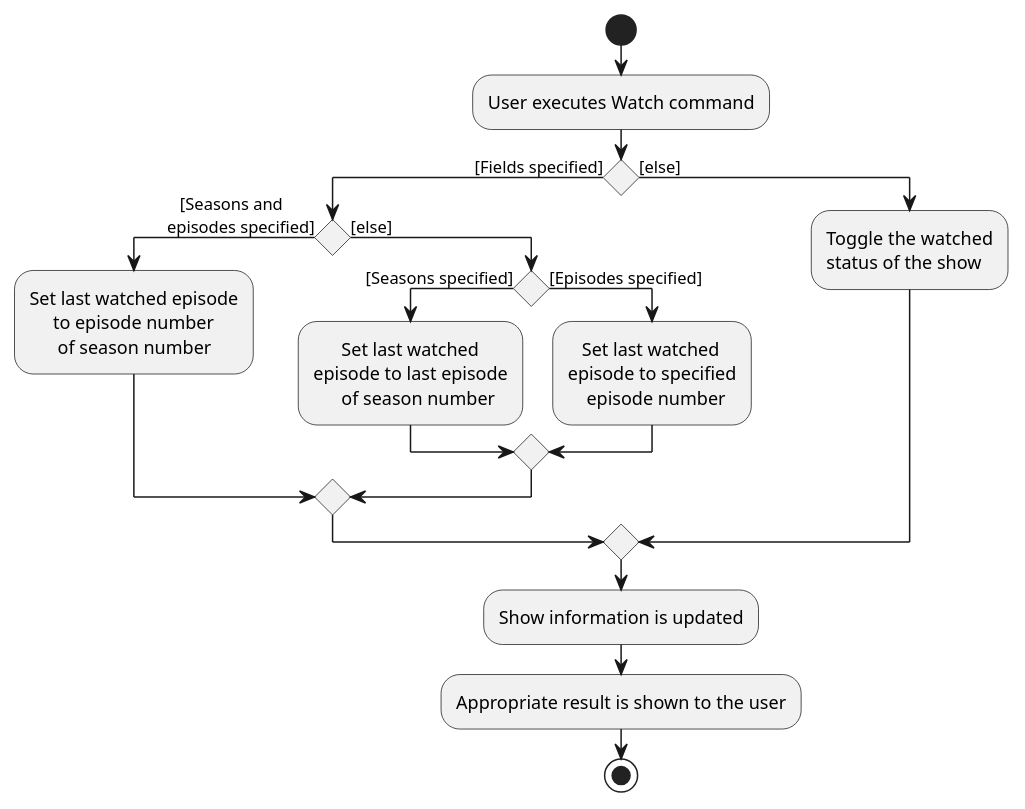
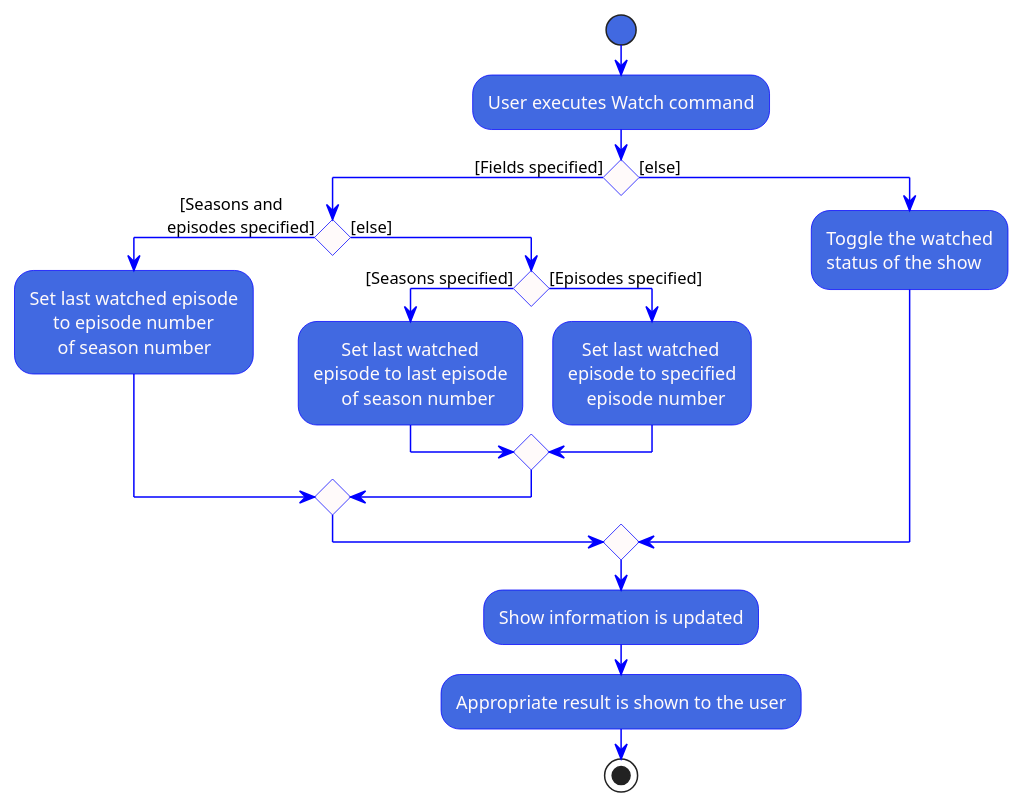
Before and after one commit to nus-cs2103-AY1920S1/addressbook-level3: the diagram in docs/diagrams/WatchActivityDiagram.puml, drawn with PlantUML. The commit also changed 1 other file, not shown here.

Commit message:
Updated WatchActivityDiagram color

```diff
--- a/docs/diagrams/WatchActivityDiagram.puml
+++ b/docs/diagrams/WatchActivityDiagram.puml
@@ -1,33 +1,53 @@
 @startuml
+skinparam backgroundColor white
+skinparam activity {
+  StartColor RoyalBlue
+  EndColor RoyalBlue
+  BackgroundColor RoyalBlue
+  arrowColor Blue
+  activityDiamondBackgroundColor Blue
+  activityBarColor blue
+  BorderColor blue
+  ControlBackgroundColor white
+  FontColor Snow
+  FontName Impact
+}
+
+skinparam activityDiamond {
+    BackgroundColor Snow
+    BorderColor blue
+    FontSize 24
+}
+
 start
 :User executes Watch command;
 
 'Since the beta syntax does not support placing the condition outside the
 'diamond we place it as the true branch instead.
 
 if () then ([Fields specified])
 if () then (   [Seasons and
 episodes specified])
     :Set last watched episode
          to episode number
           of season number;
 else ([else])
     if () then ([Seasons specified])
         :      Set last watched
         episode to last episode
               of season number;
     else ([Episodes specified])
         :   Set last watched
        episode to specified
            episode number;
      endif
 endif
 else ([else])
     :Toggle the watched
     status of the show;
 endif
 :Show information is updated;
 
 :Appropriate result is shown to the user;
 stop
 @enduml
```
